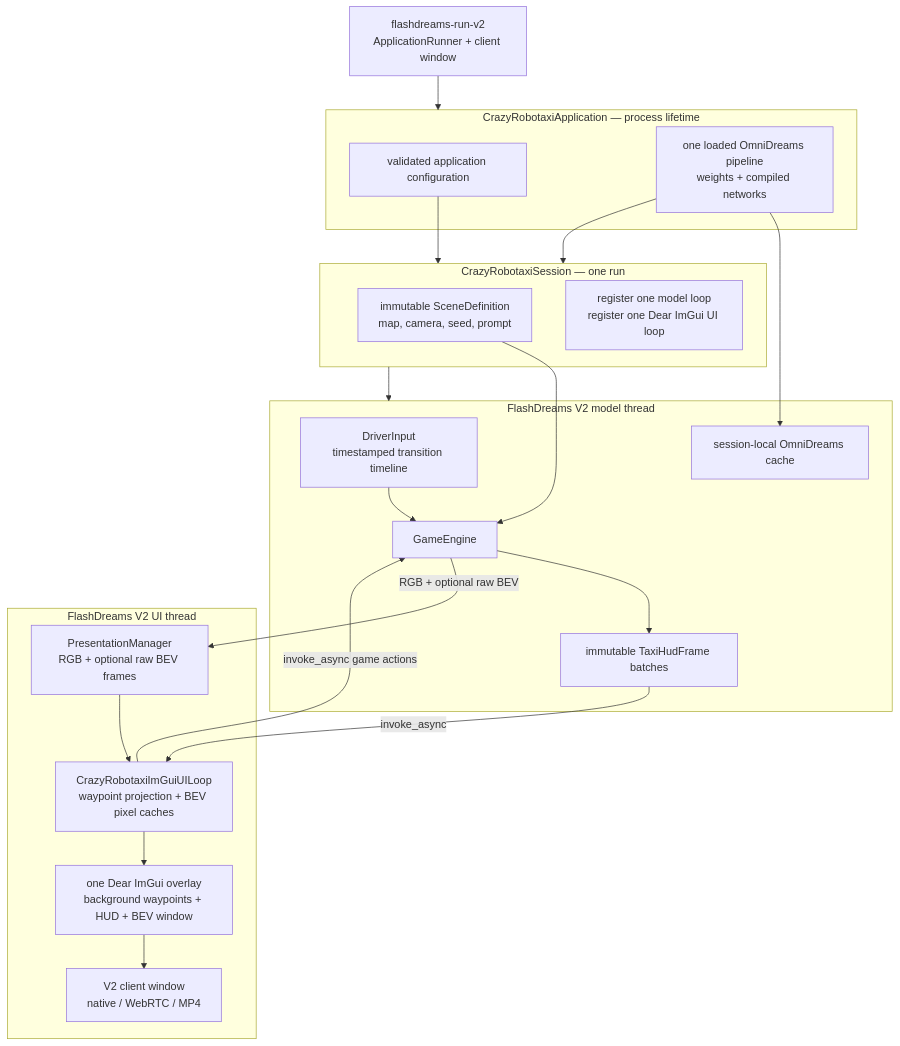
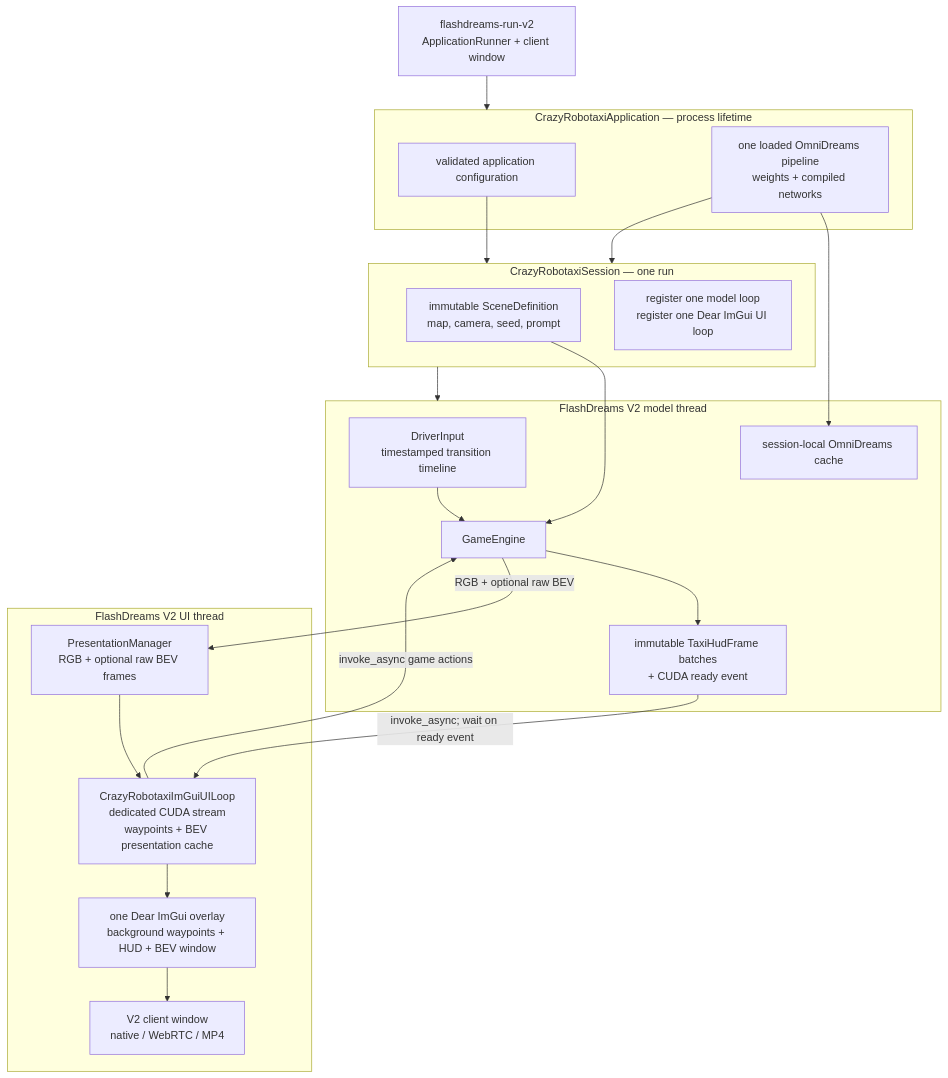
The first of 6 diagrams in docs/design/crazy_robotaxi_v2_architecture.md (NVIDIA/flashdreams), drawn with Mermaid before and after one commit. The commit also changed other lines of this file and 5 other files, not shown here.

Commit message:
Isolate Crazy Robotaxi presentation stream

````diff
--- a/docs/design/crazy_robotaxi_v2_architecture.md
+++ b/docs/design/crazy_robotaxi_v2_architecture.md
@@ -30,41 +30,41 @@
 ```mermaid
 flowchart TD
     HOST["flashdreams-run-v2<br/>ApplicationRunner + client window"]
 
     subgraph APP["CrazyRobotaxiApplication — process lifetime"]
         ARGS["validated application configuration"]
         PIPELINE["one loaded OmniDreams pipeline<br/>weights + compiled networks"]
     end
 
     subgraph SESSION["CrazyRobotaxiSession — one run"]
         SCENE["immutable SceneDefinition<br/>map, camera, seed, prompt"]
         REG["register one model loop<br/>register one Dear ImGui UI loop"]
     end
 
     subgraph MODELTHREAD["FlashDreams V2 model thread"]
         INPUT["DriverInput<br/>timestamped transition timeline"]
         ENGINE["GameEngine"]
         CACHE["session-local OmniDreams cache"]
-        HUDSTATE["immutable TaxiHudFrame batches"]
+        HUDSTATE["immutable TaxiHudFrame batches<br/>+ CUDA ready event"]
     end
 
     subgraph UITHREAD["FlashDreams V2 UI thread"]
         BUFFER["PresentationManager<br/>RGB + optional raw BEV frames"]
-        HUD["CrazyRobotaxiImGuiUILoop<br/>waypoint projection + BEV pixel caches"]
+        HUD["CrazyRobotaxiImGuiUILoop<br/>dedicated CUDA stream<br/>waypoints + BEV presentation cache"]
         COMPOSE["one Dear ImGui overlay<br/>background waypoints + HUD + BEV window"]
         WINDOW["V2 client window<br/>native / WebRTC / MP4"]
     end
 
     HOST --> APP
     ARGS --> SESSION
     PIPELINE --> SESSION
     SESSION --> MODELTHREAD
     SCENE --> ENGINE
     PIPELINE --> CACHE
     INPUT --> ENGINE
     ENGINE --> HUDSTATE
     ENGINE -->|"RGB + optional raw BEV"| BUFFER
-    HUDSTATE -->|"invoke_async"| HUD
+    HUDSTATE -->|"invoke_async; wait on ready event"| HUD
     HUD -->|"invoke_async game actions"| ENGINE
     BUFFER --> HUD --> COMPOSE --> WINDOW
 ```
````
